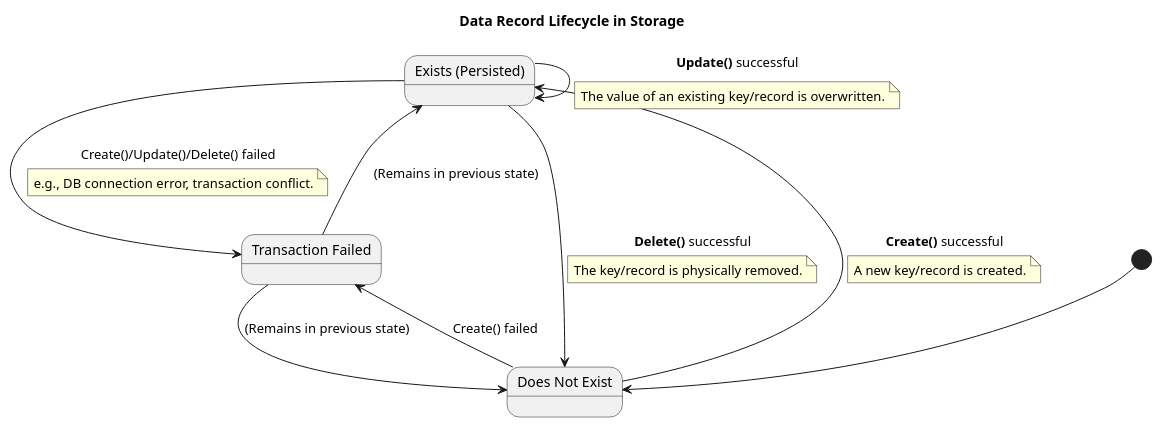
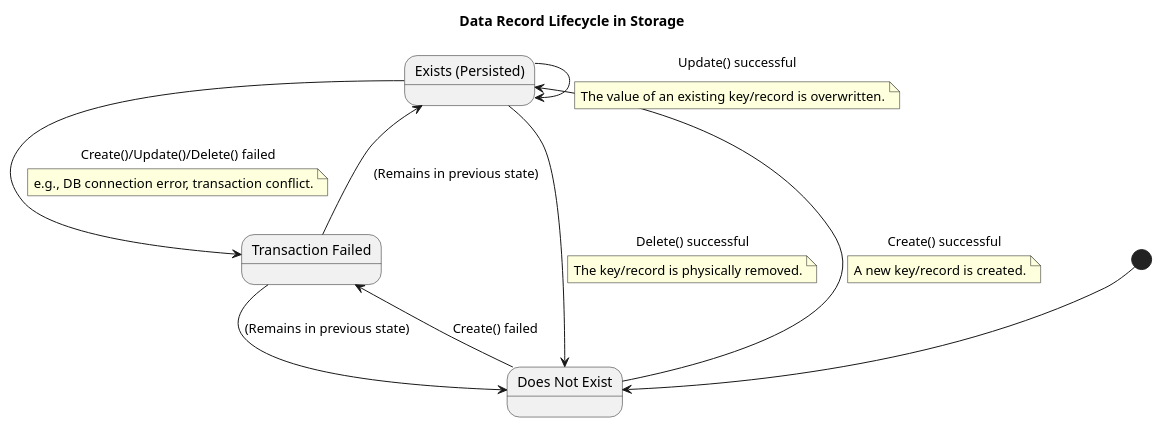
One commit to kalahetun/Minesweeper changed the seventh of 9 diagrams in executor/docs/design_doc/Design_1_Control_Plane.md. Above: the diagram before and after it, drawn with PlantUML. The commit also changed other lines of this file and 27 other files, not shown here.

````diff
--- a/executor/docs/design_doc/Design_1_Control_Plane.md
+++ b/executor/docs/design_doc/Design_1_Control_Plane.md
@@ -506,27 +506,27 @@
 ```plantuml
 @startuml
 title Data Record Lifecycle in Storage
 
 state "Does Not Exist" as NonExistent
 state "Exists (Persisted)" as Exists
 
 [*] --> NonExistent
 
-NonExistent --> Exists: **Create()** successful
+NonExistent --> Exists: Create() successful
 note on link: A new key/record is created.
 
-Exists --> Exists: **Update()** successful
+Exists --> Exists: Update() successful
 note on link: The value of an existing key/record is overwritten.
 
-Exists --> NonExistent: **Delete()** successful
+Exists --> NonExistent: Delete() successful
 note on link: The key/record is physically removed.
 
-' --- Error paths ---
+'  Error paths 
 state "Transaction Failed" as Failed
 Exists -> Failed: Create()/Update()/Delete() failed
 note on link: e.g., DB connection error, transaction conflict.
 Failed --> Exists: (Remains in previous state)
 NonExistent -> Failed: Create() failed
 Failed --> NonExistent: (Remains in previous state)
 @enduml
 ```
````
